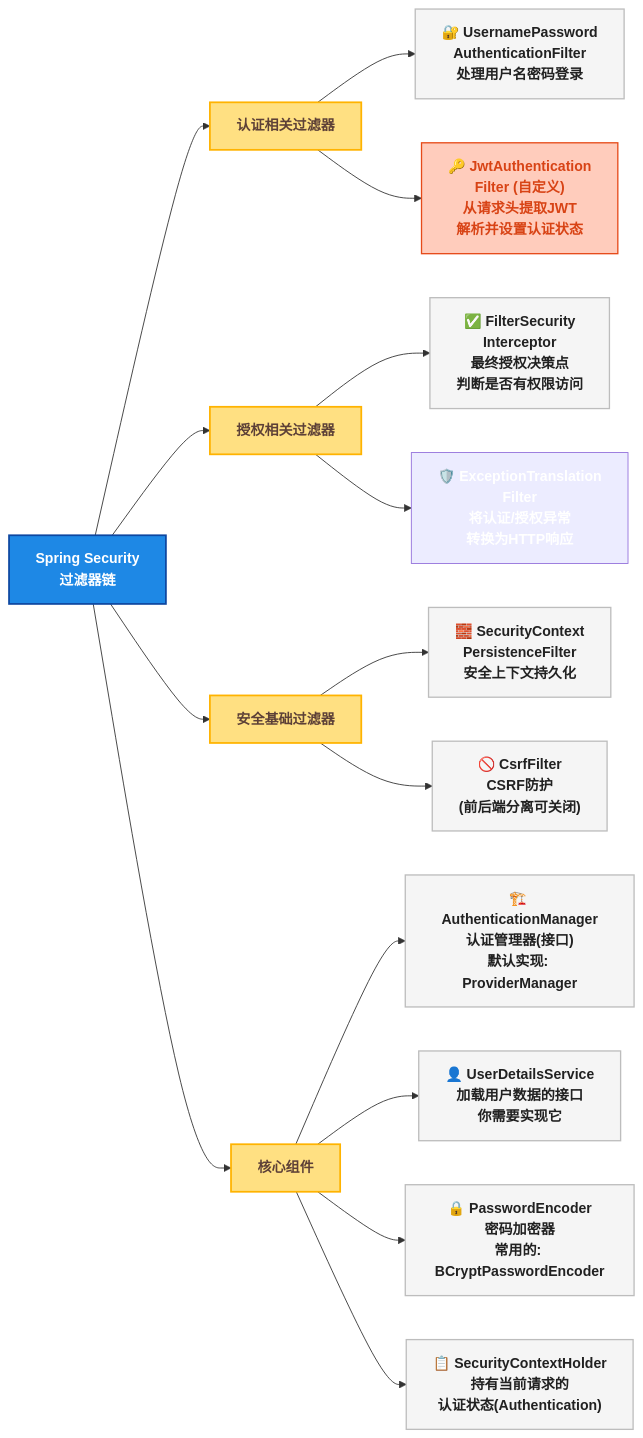
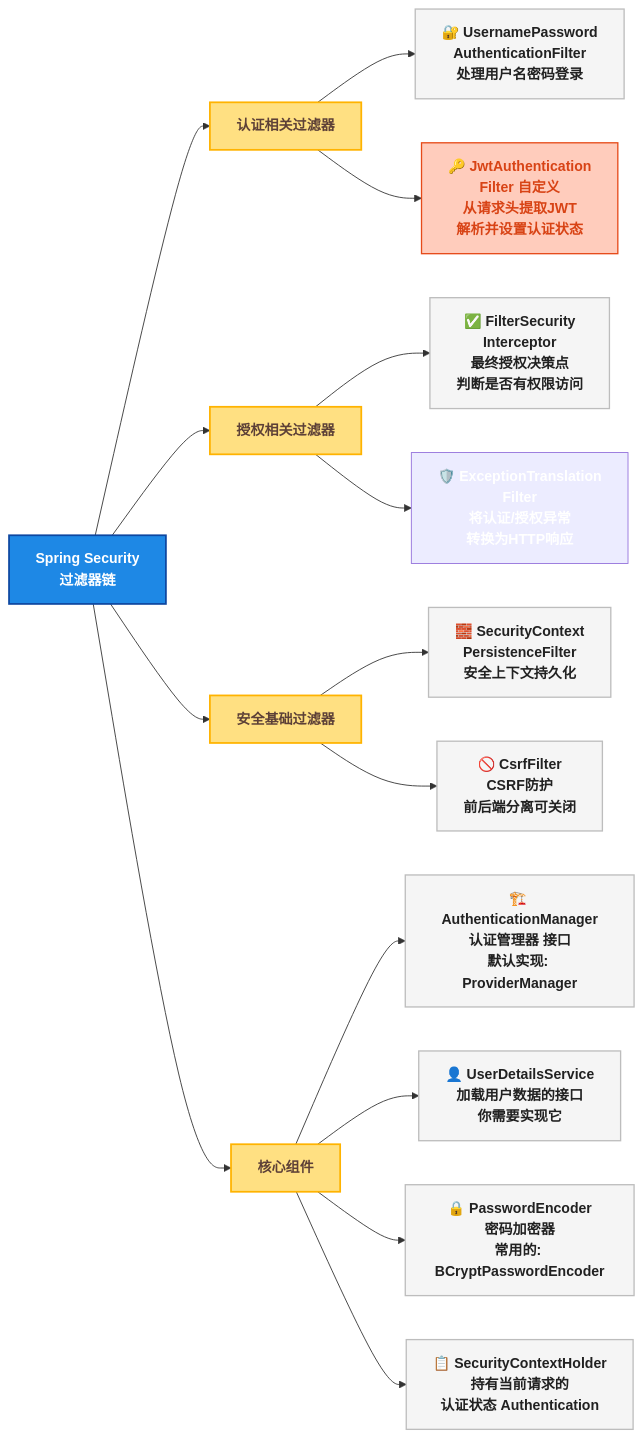
One commit to yaocat55/yaocat55.github.io changed the second of 6 diagrams in content/posts/springsecurity/SpringSecurityJwtAuthGuide.md. Above: the diagram before and after it, drawn with Mermaid. The commit also changed other lines of this file and 5 other files, not shown here.

````diff
--- a/content/posts/springsecurity/SpringSecurityJwtAuthGuide.md
+++ b/content/posts/springsecurity/SpringSecurityJwtAuthGuide.md
@@ -140,32 +148,32 @@
 ```mermaid
 flowchart LR
     classDef root fill:#1E88E5,stroke:#0D47A1,stroke-width:2px,color:#FFFFFF,font-weight:bold;
     classDef branch fill:#FFE082,stroke:#FFB300,stroke-width:2px,color:#5D4037,font-weight:bold;
     classDef leaf fill:#F5F5F5,stroke:#BDBDBD,stroke-width:1.5px,color:#212121;
     classDef highlight fill:#FFCCBC,stroke:#E64A19,stroke-width:1.5px,color:#D84315,font-weight:bold;
 
     ROOT[Spring Security<br/>过滤器链]
 
     ROOT --> B1[认证相关过滤器]
     B1 --> F1["🔐 UsernamePassword<br/>AuthenticationFilter<br/>处理用户名密码登录"]
-    B1 --> F2["🔑 JwtAuthentication<br/>Filter (自定义)<br/>从请求头提取JWT<br/>解析并设置认证状态"]
+    B1 --> F2["🔑 JwtAuthentication<br/>Filter 自定义<br/>从请求头提取JWT<br/>解析并设置认证状态"]
 
     ROOT --> B2[授权相关过滤器]
     B2 --> F3["✅ FilterSecurity<br/>Interceptor<br/>最终授权决策点<br/>判断是否有权限访问"]
     B2 --> F4["🛡️ ExceptionTranslation<br/>Filter<br/>将认证/授权异常<br/>转换为HTTP响应"]
 
     ROOT --> B3[安全基础过滤器]
     B3 --> F5["🧱 SecurityContext<br/>PersistenceFilter<br/>安全上下文持久化"]
-    B3 --> F6["🚫 CsrfFilter<br/>CSRF防护<br/>(前后端分离可关闭)"]
+    B3 --> F6["🚫 CsrfFilter<br/>CSRF防护<br/>前后端分离可关闭"]
 
     ROOT --> B4[核心组件]
-    B4 --> C1["🏗️ AuthenticationManager\n认证管理器(接口)\n默认实现: ProviderManager"]
+    B4 --> C1["🏗️ AuthenticationManager\n认证管理器 接口\n默认实现: ProviderManager"]
     B4 --> C2["👤 UserDetailsService\n加载用户数据的接口\n你需要实现它"]
     B4 --> C3["🔒 PasswordEncoder\n密码加密器\n常用的: BCryptPasswordEncoder"]
-    B4 --> C4["📋 SecurityContextHolder\n持有当前请求的\n认证状态(Authentication)"]
+    B4 --> C4["📋 SecurityContextHolder\n持有当前请求的\n认证状态 Authentication"]
 
     class ROOT root;
     class B1,B2,B3,B4 branch;
     class F1,F3,F5,F6,C1,C2,C3,C4 leaf;
     class F2 highlight;
 ```
````
